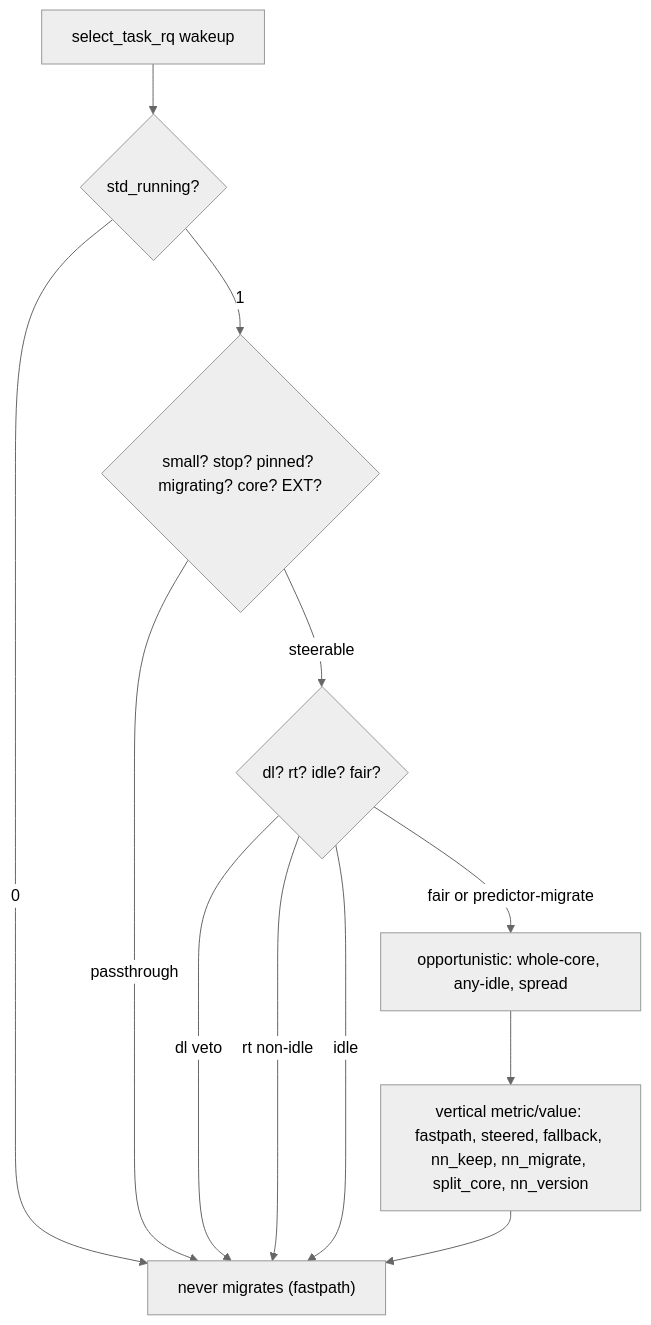
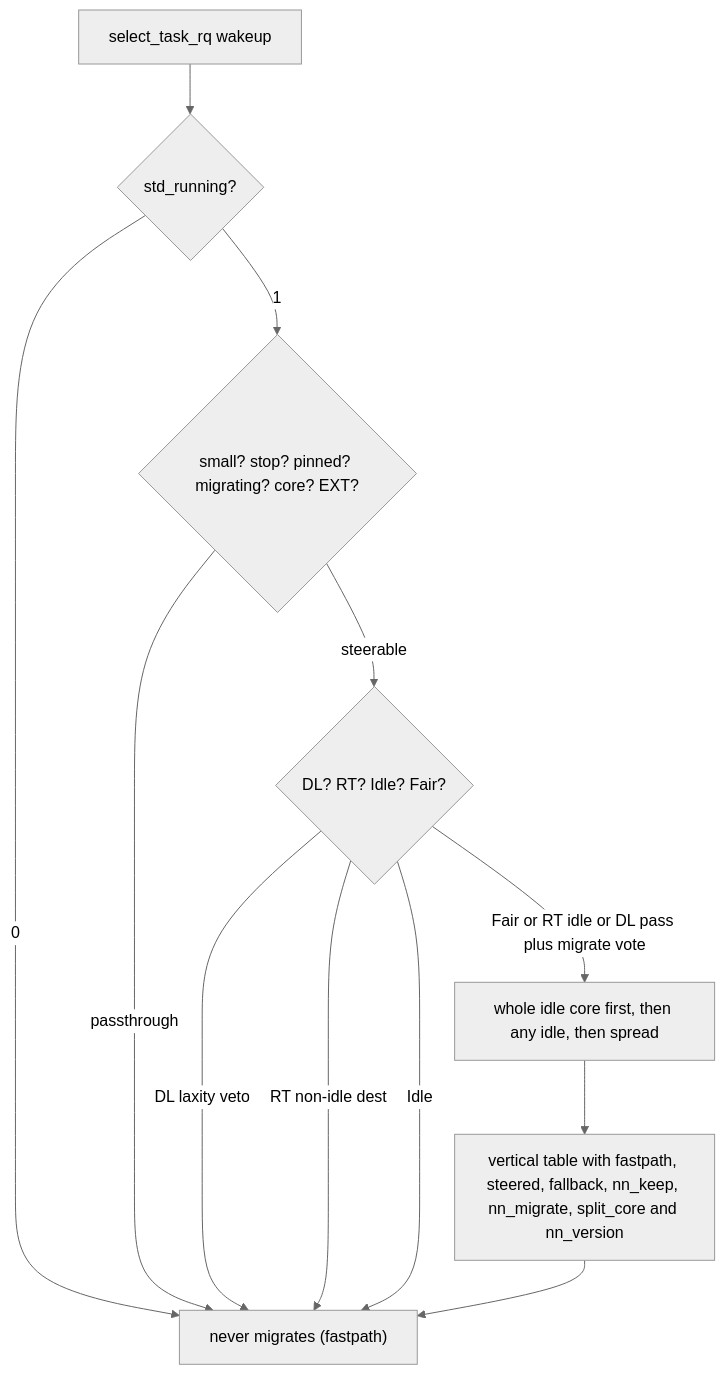
The diagram in README.md (galpt/std), drawn with Mermaid (neutral theme) before and after one commit. The commit also changed other lines of this file and 3 other files, not shown here.

````diff
--- a/README.md
+++ b/README.md
@@ -99,14 +21,14 @@
 ```mermaid
 flowchart TD
     A["select_task_rq wakeup"] --> B{"std_running?"}
     B -->|0| Z["keep class CPU"]
     B -->|1| C{"small? stop? pinned? migrating? core? EXT?"}
     C -->|passthrough| Z
-    C -->|steerable| D{"dl? rt? idle? fair?"}
-    D -->|dl veto| Z["keep (fallback)"]
-    D -->|rt non-idle| Z["keep (fallback)"]
-    D -->|idle| Z["never migrates (fastpath)"]
-    D -->|fair or predictor-migrate| G["opportunistic: whole-core, any-idle, spread"]
-    G --> H["vertical metric/value: fastpath, steered, fallback, nn_keep, nn_migrate, split_core, nn_version"]
+    C -->|steerable| D{"DL? RT? Idle? Fair?"}
+    D -->|DL laxity veto| Z["keep (fallback)"]
+    D -->|RT non-idle dest| Z["keep (fallback)"]
+    D -->|Idle| Z["never migrates (fastpath)"]
+    D -->|Fair or RT idle or DL pass plus migrate vote| G["whole idle core first, then any idle, then spread"]
+    G --> H["vertical table with fastpath, steered, fallback, nn_keep, nn_migrate, split_core and nn_version"]
     H --> Z
 ```
````
